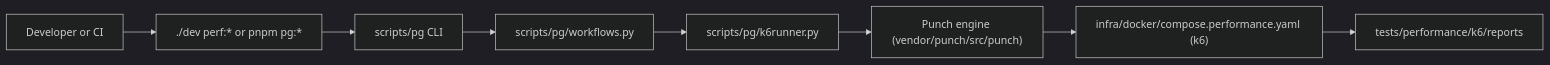
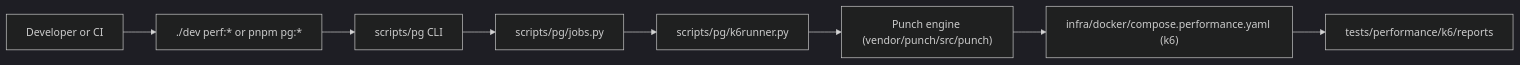
One commit to nicopizar00/expresso-engineering-playground changed the diagram in docs/architecture/punch-implementation.md. Above: the diagram before and after it, drawn with Mermaid (dark theme). The commit also changed other lines of this file and 86 other files, not shown here.

First line of the commit message:
refactor(perf)!: call the YAML unit a Punch job and a sequence a Punch workflow

````diff
--- a/docs/architecture/punch-implementation.md
+++ b/docs/architecture/punch-implementation.md
@@ -28,10 +28,10 @@
 ```mermaid
 flowchart LR
   User["Developer or CI"] --> Dev["./dev perf:* or pnpm pg:*"]
   Dev --> CLI["scripts/pg CLI"]
-  CLI --> Registry["scripts/pg/workflows.py"]
+  CLI --> Registry["scripts/pg/jobs.py"]
   Registry --> Adapter["scripts/pg/k6runner.py"]
   Adapter --> Engine["Punch engine (vendor/punch/src/punch)"]
   Engine --> Compose["infra/docker/compose.performance.yaml (k6)"]
   Compose --> Artifacts["tests/performance/k6/reports"]
 ```
````
